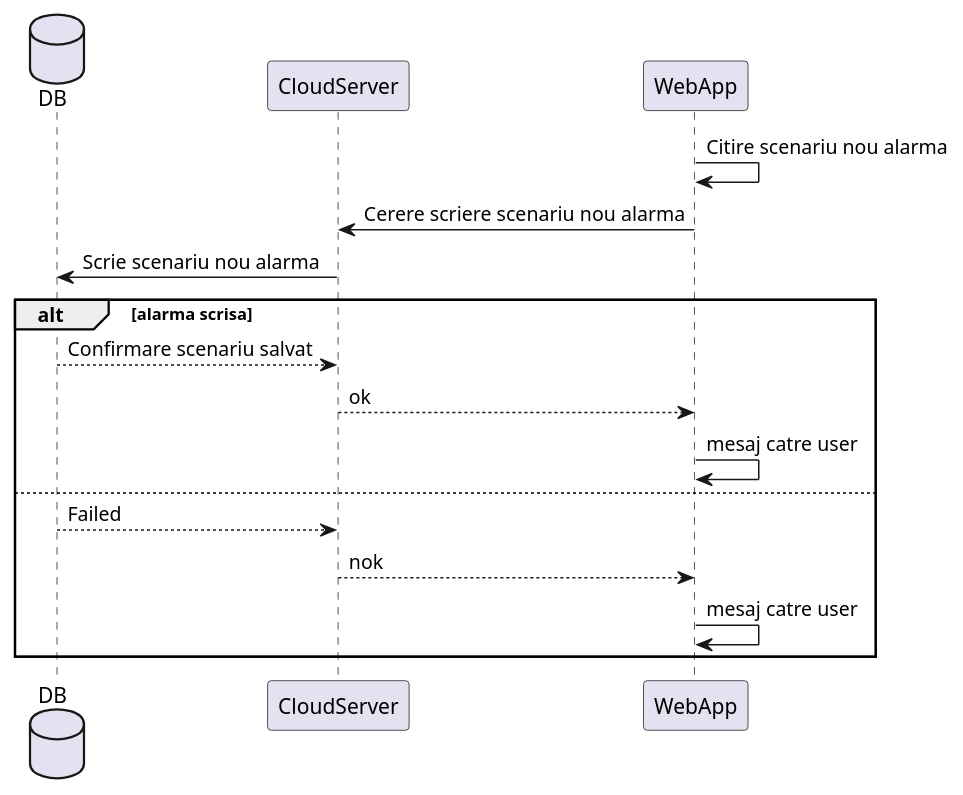
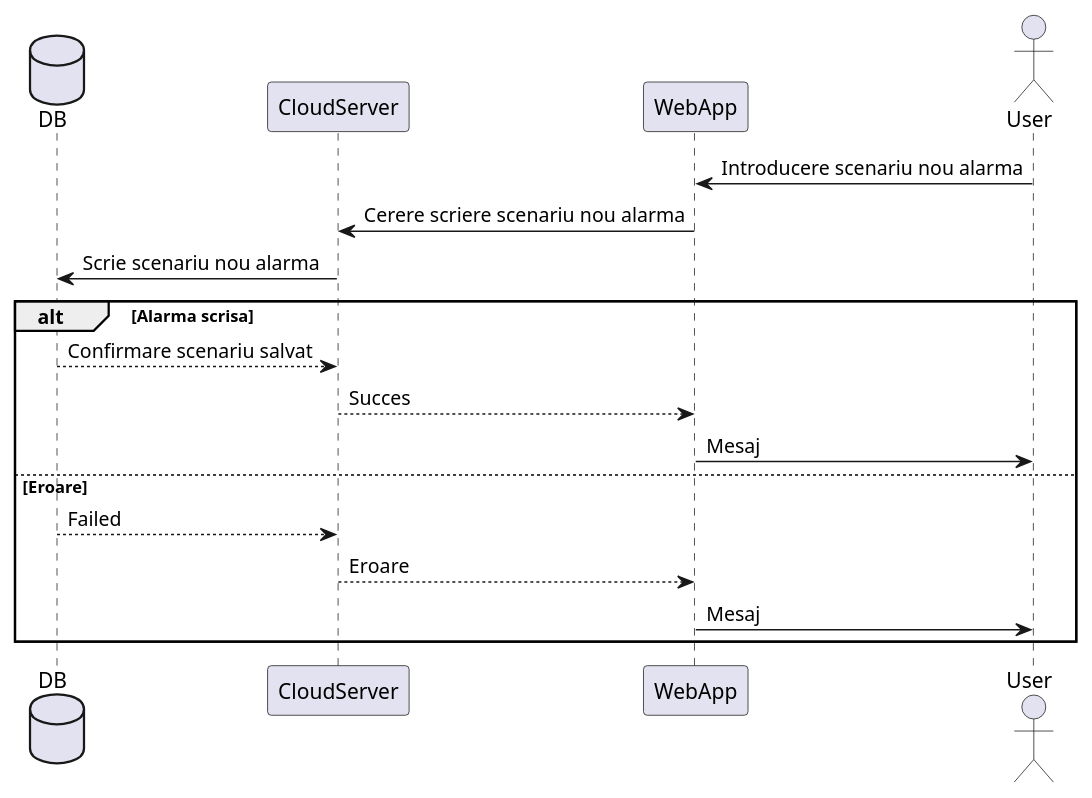
Before and after one commit to BVasi/ProiectIP: the diagram in Sequence_DG/WebApp/stabilire_alarme.plantuml, drawn with PlantUML. The commit also changed 12 other files, not shown here.

Commit message:
Modificare diagrame

```diff
--- a/Sequence_DG/WebApp/stabilire_alarme.plantuml
+++ b/Sequence_DG/WebApp/stabilire_alarme.plantuml
@@ -1,21 +1,22 @@
-@startuml stabilire_alarma
+@startuml Stabilire_alarma
 
 database DB
 participant CloudServer
 participant WebApp
+actor User
 
-WebApp -> WebApp: Citire scenariu nou alarma
+User -> WebApp: Introducere scenariu nou alarma
 WebApp -> CloudServer: Cerere scriere scenariu nou alarma
 CloudServer -> DB: Scrie scenariu nou alarma
 
-alt alarma scrisa
+alt Alarma scrisa
     DB --> CloudServer: Confirmare scenariu salvat
-    CloudServer --> WebApp: ok
-    WebApp -> WebApp: mesaj catre user
-else
+    CloudServer --> WebApp: Succes
+    WebApp -> User: Mesaj
+else Eroare
     DB --> CloudServer: Failed
-    CloudServer --> WebApp: nok
-    WebApp -> WebApp: mesaj catre user
+    CloudServer --> WebApp: Eroare
+    WebApp -> User: Mesaj
 end
 
 @enduml
```
